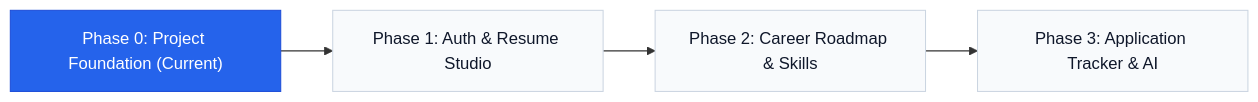
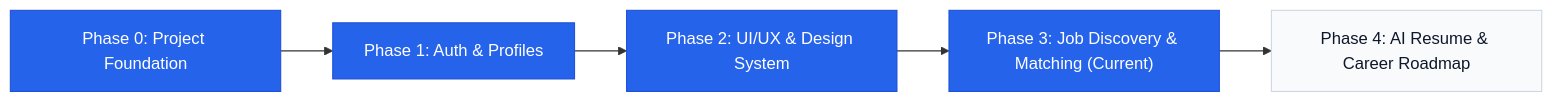
One commit to beenu2040-alt/career_pilot changed the second of 2 diagrams in docs/architecture.md. Above: the diagram before and after it, drawn with Mermaid. The commit also changed other lines of this file and 41 other files, not shown here.

Commit message:
feat(phase-3): implement job discovery, explainable matching, and saved jobs

````diff
--- a/docs/architecture.md
+++ b/docs/architecture.md
@@ -184,11 +184,13 @@
 ```mermaid
 flowchart LR
-    P0["Phase 0: Project Foundation (Current)"] --> P1["Phase 1: Auth & Resume Studio"]
-    P1 --> P2["Phase 2: Career Roadmap & Skills"]
-    P2 --> P3["Phase 3: Application Tracker & AI"]
+    P0["Phase 0: Project Foundation"] --> P1["Phase 1: Auth & Profiles"]
+    P1 --> P2["Phase 2: UI/UX & Design System"]
+    P2 --> P3["Phase 3: Job Discovery & Matching (Current)"]
+    P3 --> P4["Phase 4: AI Resume & Career Roadmap"]
 
     style P0 fill:#2563eb,stroke:#1d4ed8,color:#ffffff
-    style P1 fill:#f8fafc,stroke:#cbd5e1,color:#0f172a
-    style P2 fill:#f8fafc,stroke:#cbd5e1,color:#0f172a
-    style P3 fill:#f8fafc,stroke:#cbd5e1,color:#0f172a
+    style P1 fill:#2563eb,stroke:#1d4ed8,color:#ffffff
+    style P2 fill:#2563eb,stroke:#1d4ed8,color:#ffffff
+    style P3 fill:#2563eb,stroke:#1d4ed8,color:#ffffff
+    style P4 fill:#f8fafc,stroke:#cbd5e1,color:#0f172a
 ```
````
